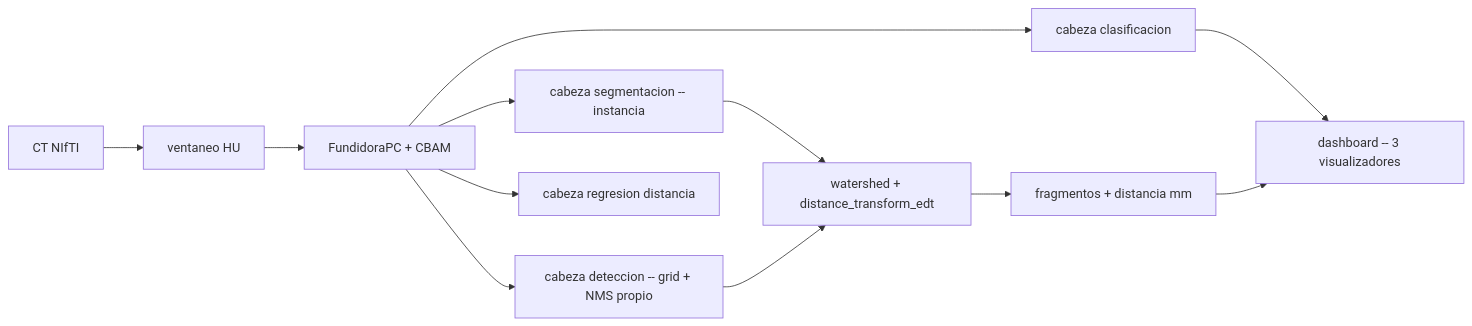
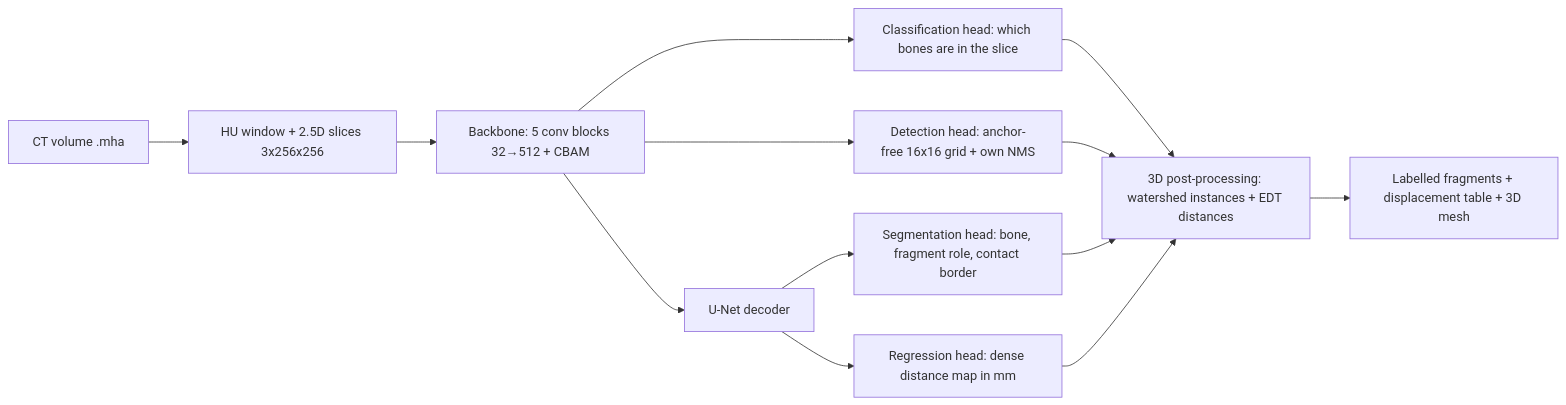
One commit to ShadowBlack33/Proyecto-2-Analitica-de-Datos changed the diagram in README.md. Above: the diagram before and after it, drawn with Mermaid. The commit also changed other lines of this file, not shown here.

````diff
--- a/README.md
+++ b/README.md
@@ -45,13 +66,12 @@
 ```mermaid
 flowchart LR
-  A[CT NIfTI] --> B[ventaneo HU]
-  B --> C[FundidoraPC + CBAM]
-  C --> D[cabeza clasificacion]
-  C --> E[cabeza deteccion -- grid + NMS propio]
-  C --> F[cabeza segmentacion -- instancia]
-  C --> G[cabeza regresion distancia]
-  F --> H[watershed + distance_transform_edt]
-  E --> H
-  H --> I[fragmentos + distancia mm]
-  D & I --> J[dashboard -- 3 visualizadores]
+  CT[CT volume .mha] --> P[HU window + 2.5D slices 3x256x256]
+  P --> B[Backbone: 5 conv blocks 32→512 + CBAM]
+  B --> C[Classification head: which bones are in the slice]
+  B --> D[Detection head: anchor-free 16x16 grid + own NMS]
+  B --> U[U-Net decoder]
+  U --> S[Segmentation head: bone, fragment role, contact border]
+  U --> R[Regression head: dense distance map in mm]
+  C & D & S & R --> V[3D post-processing: watershed instances + EDT distances]
+  V --> O[Labelled fragments + displacement table + 3D mesh]
 ```
````
